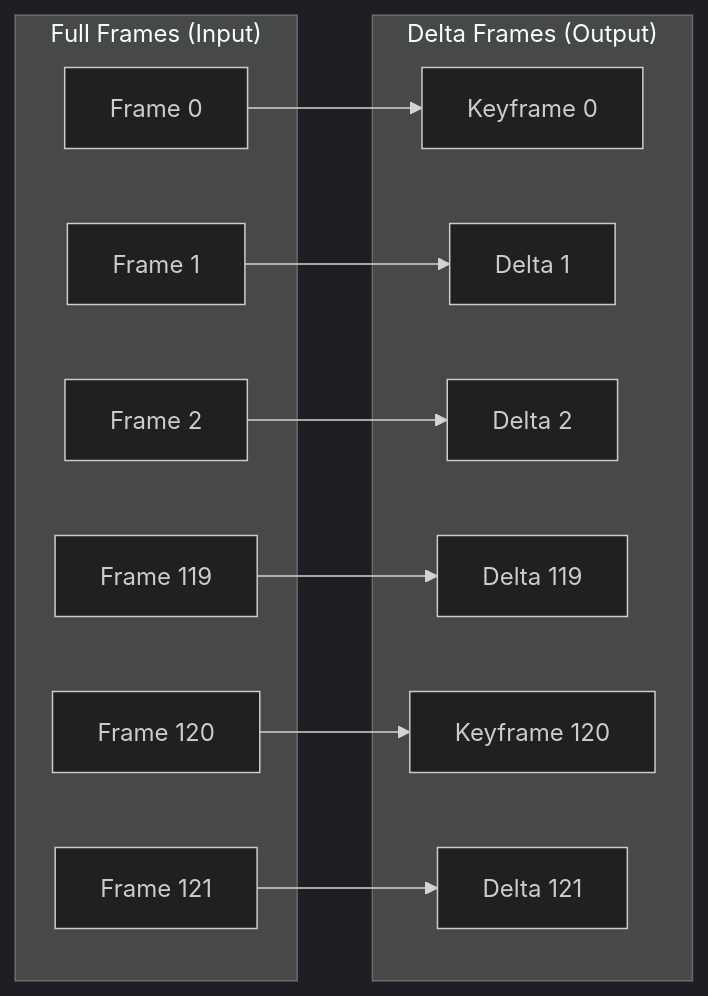
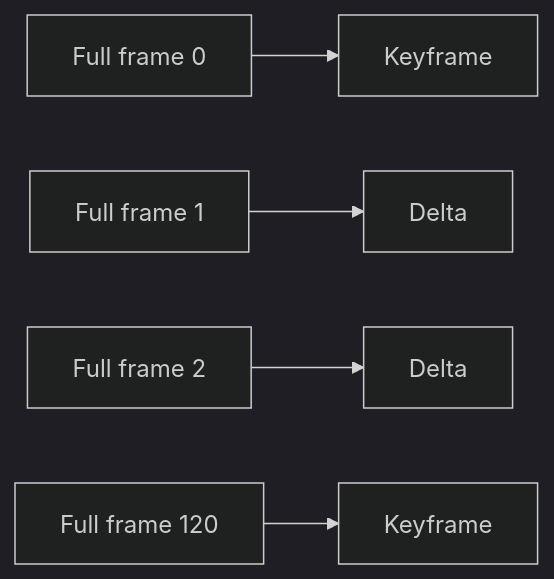
The third of 3 diagrams in docs/core.md (channyeintun/next-editor), drawn with Mermaid (dark theme) before and after one commit. The commit also changed other lines of this file and 4 other files, not shown here.

````diff
--- a/docs/core.md
+++ b/docs/core.md
@@ -141,27 +91,7 @@
 ```mermaid
 flowchart LR
-    subgraph FullFrames["Full Frames (Input)"]
-        F0[Frame 0]
-        F1[Frame 1]
-        F2[Frame 2]
-        F119[Frame 119]
-        F120[Frame 120]
-        F121[Frame 121]
-    end
-
-    subgraph DeltaFrames["Delta Frames (Output)"]
-        K0[Keyframe 0]
-        D1[Delta 1]
-        D2[Delta 2]
-        D119[Delta 119]
-        K120[Keyframe 120]
-        D121[Delta 121]
-    end
-
-    F0 --> K0
-    F1 --> D1
-    F2 --> D2
-    F119 --> D119
-    F120 --> K120
-    F121 --> D121
+  F0[Full frame 0] --> K0[Keyframe]
+  F1[Full frame 1] --> D1[Delta]
+  F2[Full frame 2] --> D2[Delta]
+  F120[Full frame 120] --> K120[Keyframe]
 ```
````
